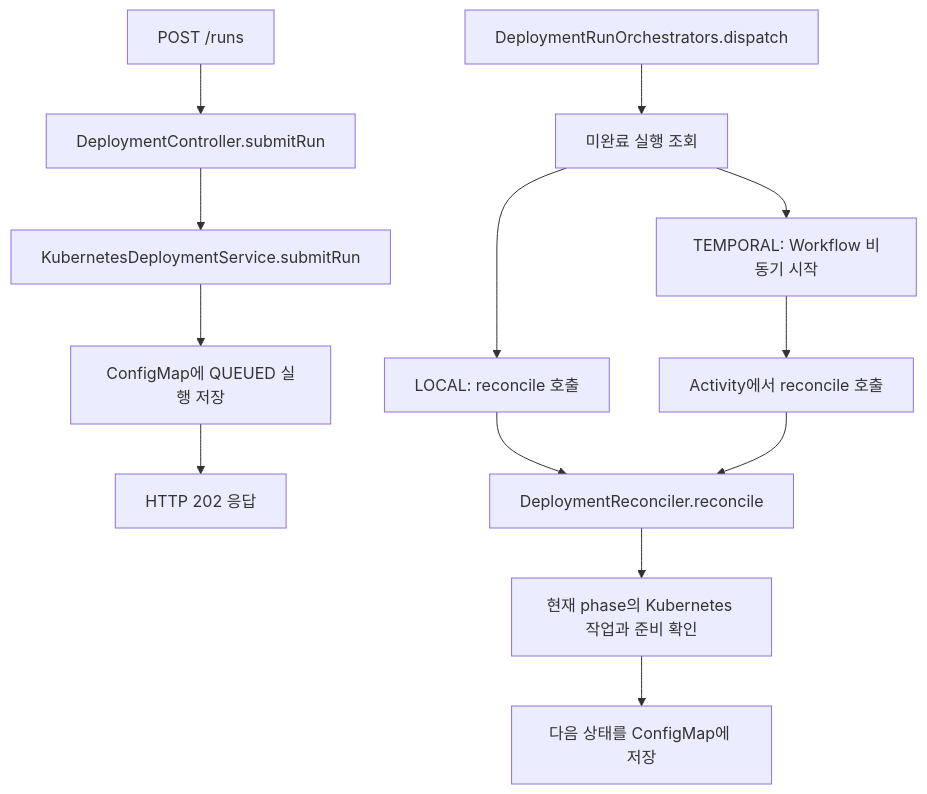
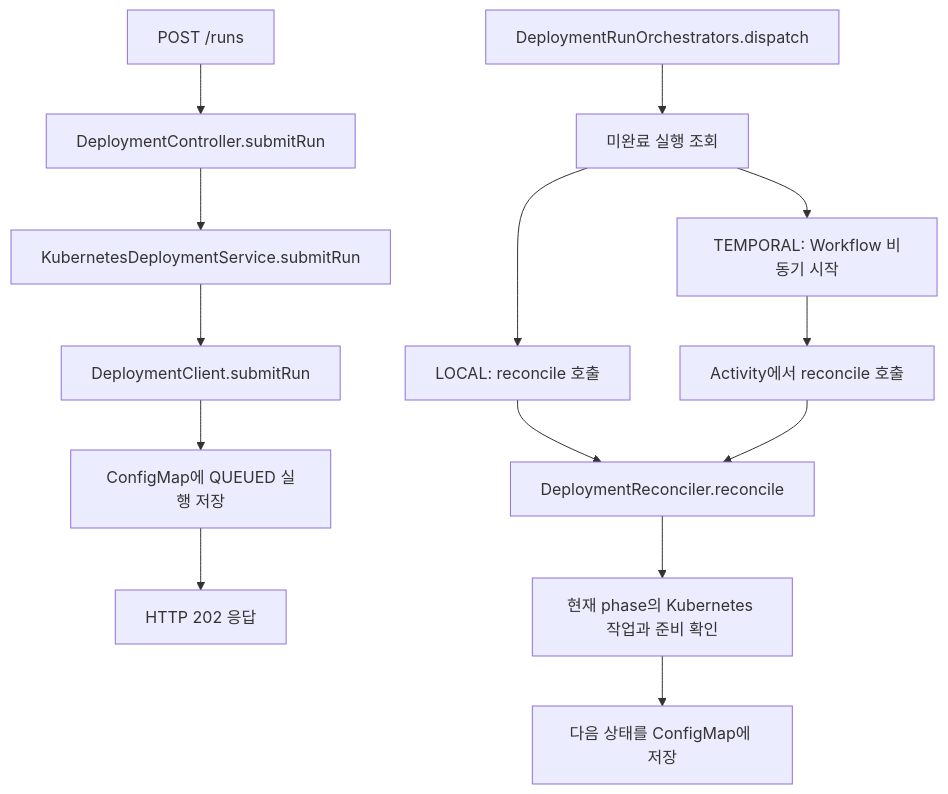
The diagram in DEPLOYMENT_CODE.md (tongnamuu/DeployDock), drawn with Mermaid before and after one commit. The commit also changed other lines of this file and 21 other files, not shown here.

````diff
--- a/DEPLOYMENT_CODE.md
+++ b/DEPLOYMENT_CODE.md
@@ -47,15 +56,16 @@
 ```mermaid
 flowchart TD
     API["POST /runs"] --> Controller["DeploymentController.submitRun"]
     Controller --> Service["KubernetesDeploymentService.submitRun"]
-    Service --> Store["ConfigMap에 QUEUED 실행 저장"]
+    Service --> Client["DeploymentClient.submitRun"]
+    Client --> Store["ConfigMap에 QUEUED 실행 저장"]
     Store --> Response["HTTP 202 응답"]
     Dispatch["DeploymentRunOrchestrators.dispatch"] --> Read["미완료 실행 조회"]
     Read --> Local["LOCAL: reconcile 호출"]
     Read --> Temporal["TEMPORAL: Workflow 비동기 시작"]
     Temporal --> Activity["Activity에서 reconcile 호출"]
     Local --> Reconcile["DeploymentReconciler.reconcile"]
     Activity --> Reconcile
     Reconcile --> Workload["현재 phase의 Kubernetes 작업과 준비 확인"]
     Workload --> Persist["다음 상태를 ConfigMap에 저장"]
 ```
````
